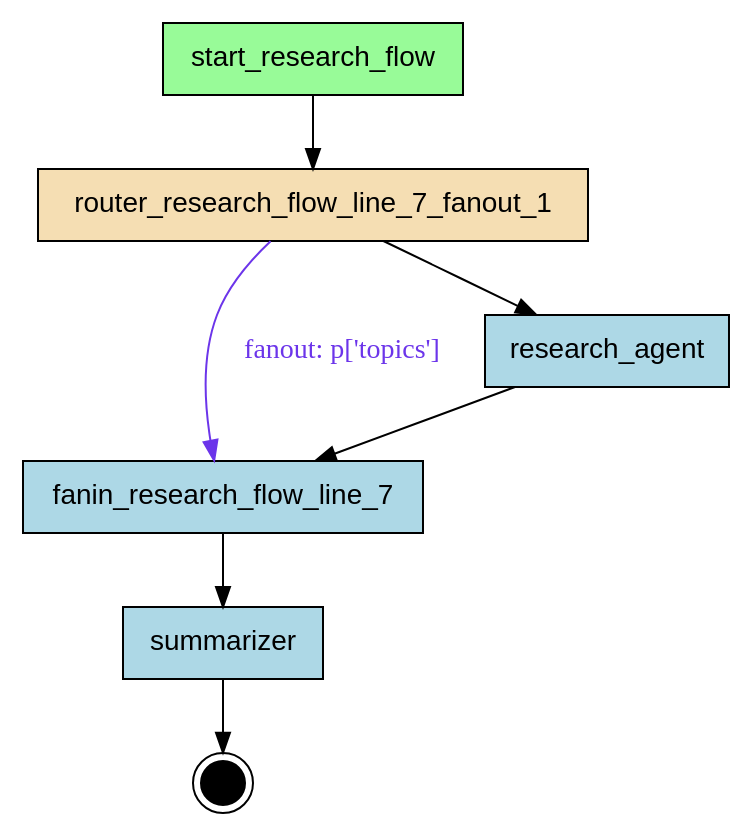
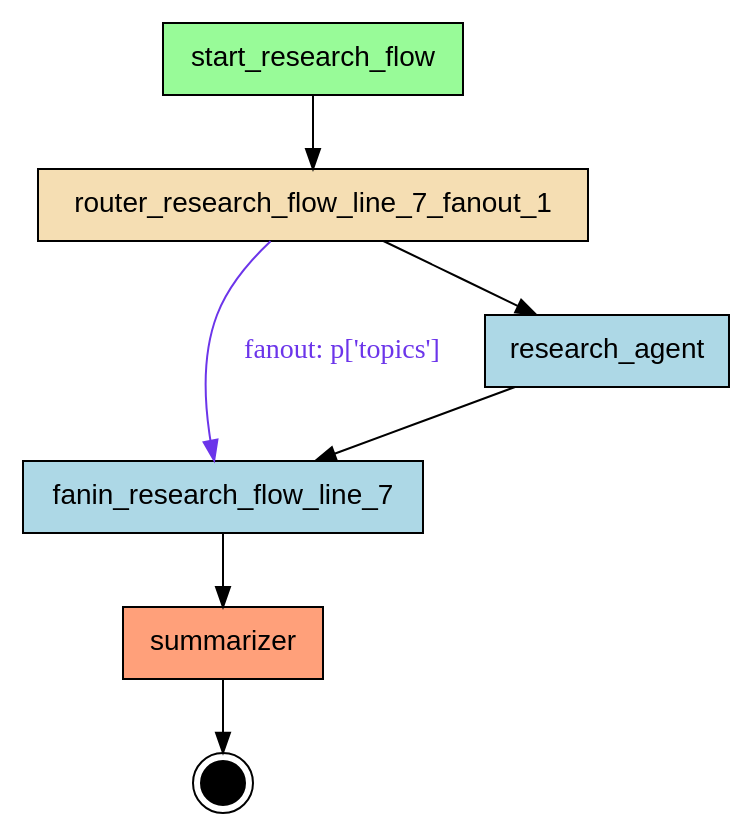
The diagram in src/asya-testing/asya_testing/flows/research_flow/compiled/flow.dot (deliveryhero/asya), drawn with Graphviz before and after one commit. The commit also changed 263 other files, not shown here.

Commit message:
refactor(compiler): rename flow_role->role, is_generated->generated; add two-label manifest system (asya.sh/role + asya.sh/generated)

```diff
--- a/src/asya-testing/asya_testing/flows/research_flow/compiled/flow.dot
+++ b/src/asya-testing/asya_testing/flows/research_flow/compiled/flow.dot
@@ -1,21 +1,21 @@
 digraph "research_flow" {
     rankdir=TB;
     node [shape=box, style=filled, fontname="Helvetica"];
 
     { rank=source; start_research_flow; }
 
     fanin_research_flow_line_7 [label="fanin_research_flow_line_7", fillcolor=lightblue];
     research_agent [label="research_agent", fillcolor=lightblue];
     router_research_flow_line_7_fanout_1 [label="router_research_flow_line_7_fanout_1", fillcolor=wheat];
     start_research_flow [label="start_research_flow", fillcolor=palegreen];
-    summarizer [label="summarizer", fillcolor=lightblue];
+    summarizer [label="summarizer", fillcolor=lightsalmon];
 
     __end__ [label="", shape=doublecircle, fillcolor=black, width=0.3, fixedsize=true];
 
     start_research_flow -> router_research_flow_line_7_fanout_1;
     router_research_flow_line_7_fanout_1 -> fanin_research_flow_line_7 [label="fanout: p['topics']", color="#6C35EA", fontcolor="#6C35EA"];
     fanin_research_flow_line_7 -> summarizer;
     router_research_flow_line_7_fanout_1 -> research_agent;
     research_agent -> fanin_research_flow_line_7;
     summarizer -> __end__;
 }
```
